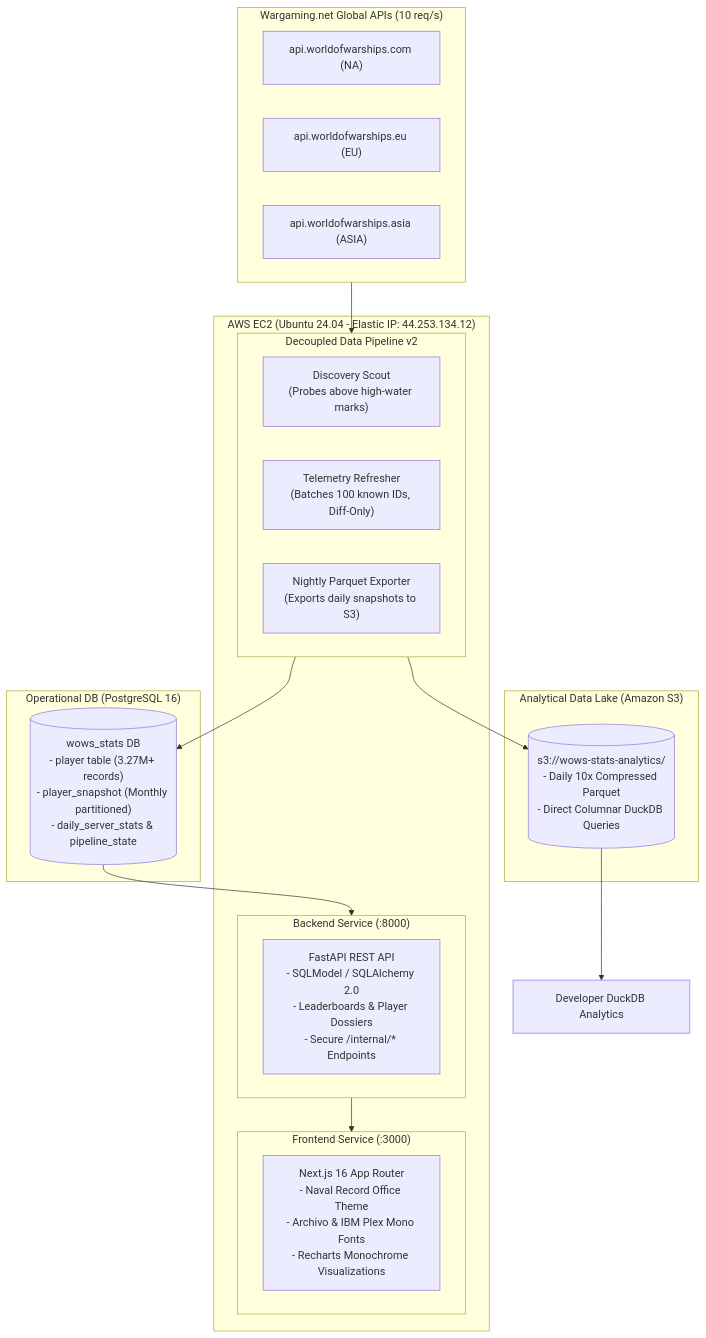
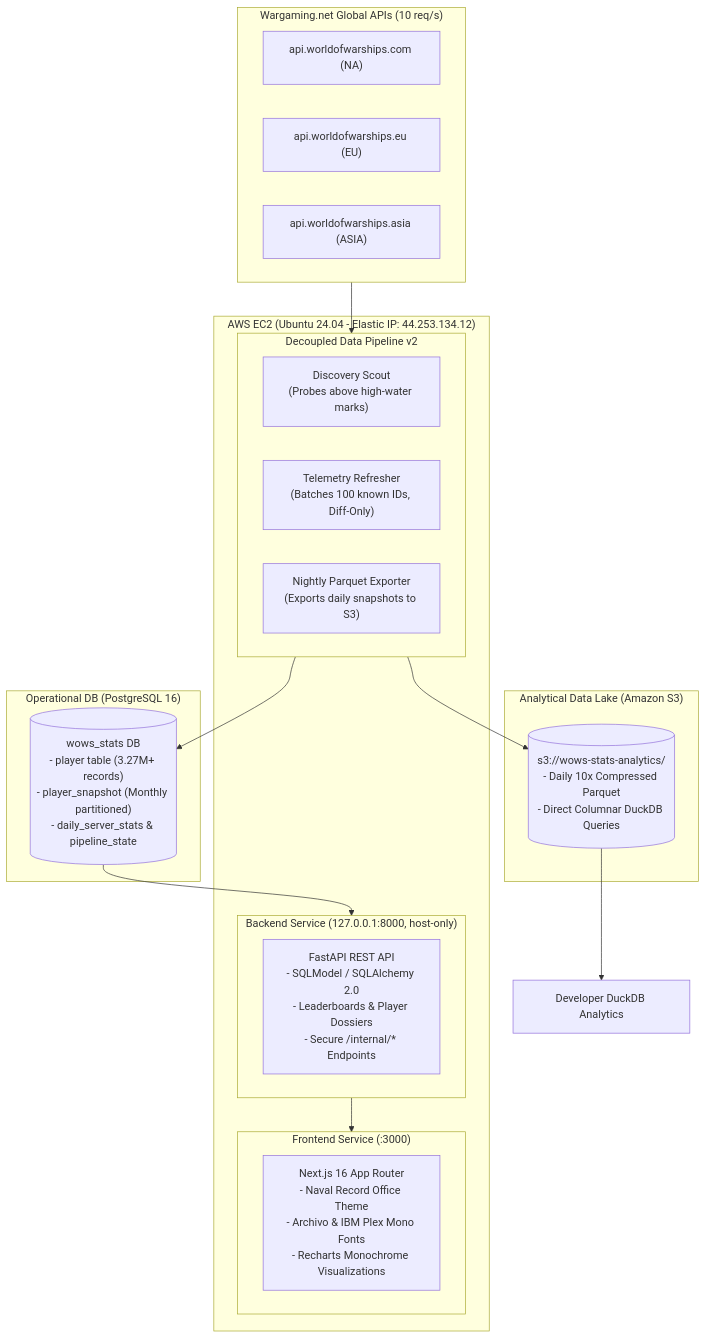
The diagram in README.md (WilliamOnVoyage/World-of-Warships-Stats-Analysis), drawn with Mermaid before and after one commit. The commit also changed other lines of this file and 12 other files, not shown here.

First line of the commit message:
chore(security,ops): remove committed secrets, lock backend to host, schedule Parquet export

````diff
--- a/README.md
+++ b/README.md
@@ -32,39 +31,39 @@
 ```mermaid
 flowchart TD
     subgraph WargamingAPI ["Wargaming.net Global APIs (10 req/s)"]
         WG_NA["api.worldofwarships.com (NA)"]
         WG_EU["api.worldofwarships.eu (EU)"]
         WG_ASIA["api.worldofwarships.asia (ASIA)"]
     end
 
     subgraph EC2 ["AWS EC2 (Ubuntu 24.04 - Elastic IP: 44.253.134.12)"]
         subgraph Pipeline ["Decoupled Data Pipeline v2"]
             Scout["Discovery Scout\n(Probes above high-water marks)"]
             Refresher["Telemetry Refresher\n(Batches 100 known IDs, Diff-Only)"]
             Exporter["Nightly Parquet Exporter\n(Exports daily snapshots to S3)"]
         end
 
-        subgraph BackendService ["Backend Service (:8000)"]
+        subgraph BackendService ["Backend Service (127.0.0.1:8000, host-only)"]
             FastAPIApp["FastAPI REST API\n- SQLModel / SQLAlchemy 2.0\n- Leaderboards & Player Dossiers\n- Secure /internal/* Endpoints"]
         end
 
         subgraph FrontendService ["Frontend Service (:3000)"]
             NextApp["Next.js 16 App Router\n- Naval Record Office Theme\n- Archivo & IBM Plex Mono Fonts\n- Recharts Monochrome Visualizations"]
         end
     end
 
     subgraph AWS_RDS ["Operational DB (PostgreSQL 16)"]
         Postgres[("wows_stats DB\n- player table (3.27M+ records)\n- player_snapshot (Monthly partitioned)\n- daily_server_stats & pipeline_state")]
     end
 
     subgraph AWS_S3 ["Analytical Data Lake (Amazon S3)"]
         ParquetLake[("s3://wows-stats-analytics/\n- Daily 10x Compressed Parquet\n- Direct Columnar DuckDB Queries")]
     end
 
     WargamingAPI --> Pipeline
     Pipeline --> Postgres
     Pipeline --> ParquetLake
     Postgres --> BackendService
     BackendService --> FrontendService
     ParquetLake --> Developer["Developer DuckDB Analytics"]
 ```
````
